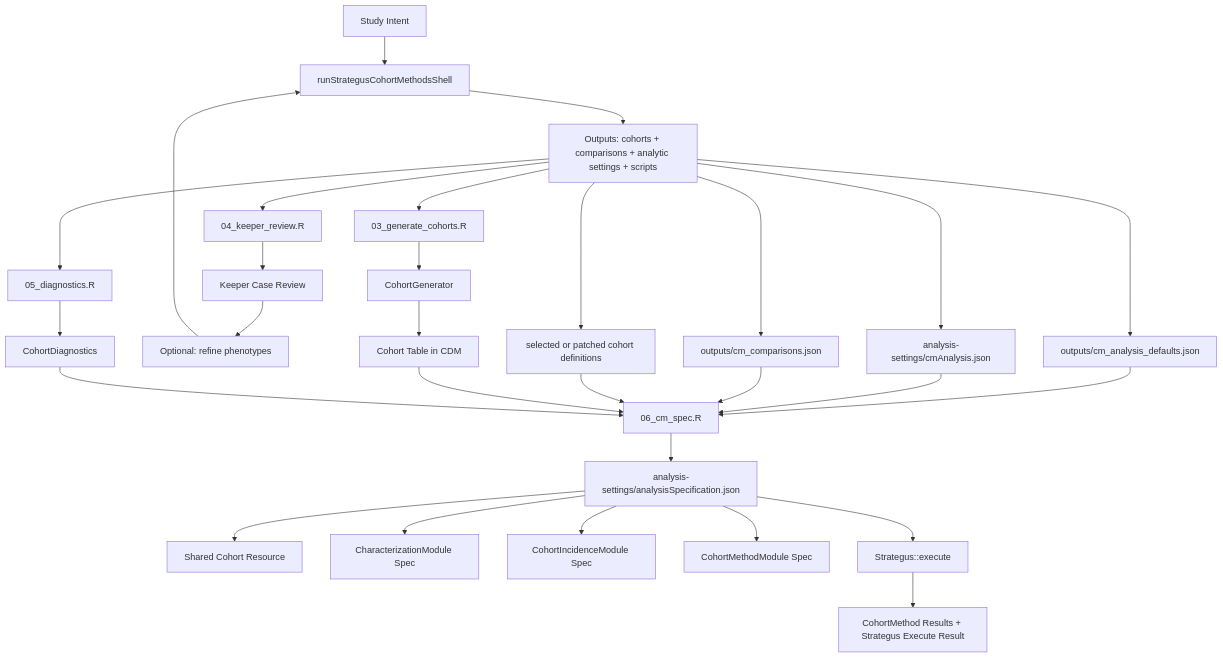
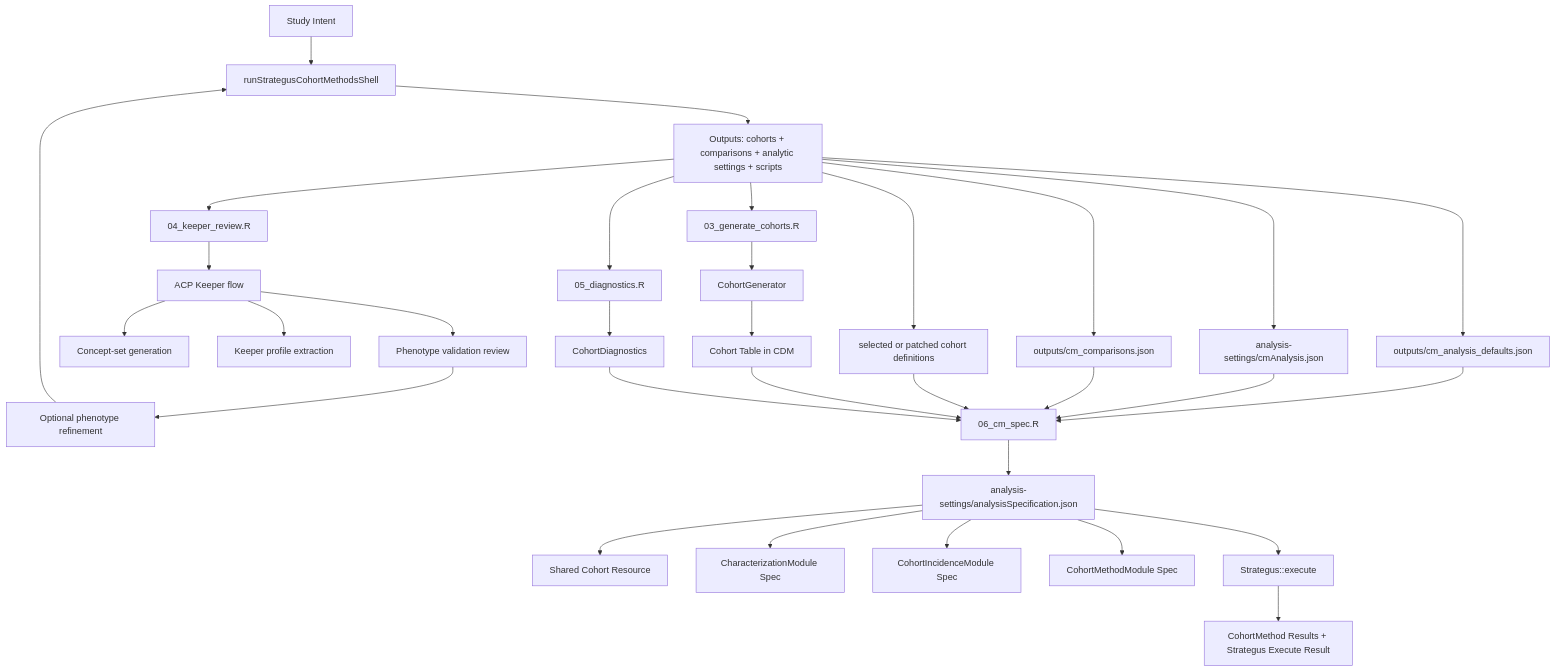
One commit to OHDSI/StudyAgent changed the second of 2 diagrams in docs/COHORT_METHODS_WORKFLOW.md. Above: the diagram before and after it, drawn with Mermaid. The commit also changed other lines of this file and 21 other files, not shown here.

````diff
--- a/docs/COHORT_METHODS_WORKFLOW.md
+++ b/docs/COHORT_METHODS_WORKFLOW.md
@@ -74,37 +75,40 @@
 ```mermaid
 flowchart TD
   A["Study Intent"] --> B["runStrategusCohortMethodsShell"]
   B --> C["Outputs: cohorts + comparisons + analytic settings + scripts"]
 
   C --> D["03_generate_cohorts.R"]
   D --> E["CohortGenerator"]
   E --> F["Cohort Table in CDM"]
 
   C --> G["04_keeper_review.R"]
-  G --> H["Keeper Case Review"]
-  H --> I["Optional: refine phenotypes"]
-  I --> B
+  G --> H["ACP Keeper flow"]
+  H --> I["Concept-set generation"]
+  H --> J["Keeper profile extraction"]
+  H --> K["Phenotype validation review"]
+  K --> L["Optional phenotype refinement"]
+  L --> B
 
-  C --> J["05_diagnostics.R"]
-  J --> K["CohortDiagnostics"]
+  C --> M["05_diagnostics.R"]
+  M --> N["CohortDiagnostics"]
 
-  C --> L["outputs/cm_analysis_defaults.json"]
-  C --> M["analysis-settings/cmAnalysis.json"]
-  C --> N["outputs/cm_comparisons.json"]
-  C --> O["selected or patched cohort definitions"]
+  C --> O["outputs/cm_analysis_defaults.json"]
+  C --> P["analysis-settings/cmAnalysis.json"]
+  C --> Q["outputs/cm_comparisons.json"]
+  C --> R["selected or patched cohort definitions"]
 
-  L --> P["06_cm_spec.R"]
-  M --> P
-  N --> P
-  O --> P
-  F --> P
-  K --> P
+  O --> S["06_cm_spec.R"]
+  P --> S
+  Q --> S
+  R --> S
+  F --> S
+  N --> S
 
-  P --> Q["analysis-settings/analysisSpecification.json"]
-  Q --> R["Shared Cohort Resource"]
-  Q --> S["CharacterizationModule Spec"]
-  Q --> T["CohortIncidenceModule Spec"]
-  Q --> U["CohortMethodModule Spec"]
-  Q --> V["Strategus::execute"]
-  V --> W["CohortMethod Results + Strategus Execute Result"]
+  S --> T["analysis-settings/analysisSpecification.json"]
+  T --> U["Shared Cohort Resource"]
+  T --> V["CharacterizationModule Spec"]
+  T --> W["CohortIncidenceModule Spec"]
+  T --> X["CohortMethodModule Spec"]
+  T --> Y["Strategus::execute"]
+  Y --> Z["CohortMethod Results + Strategus Execute Result"]
 ```
````
